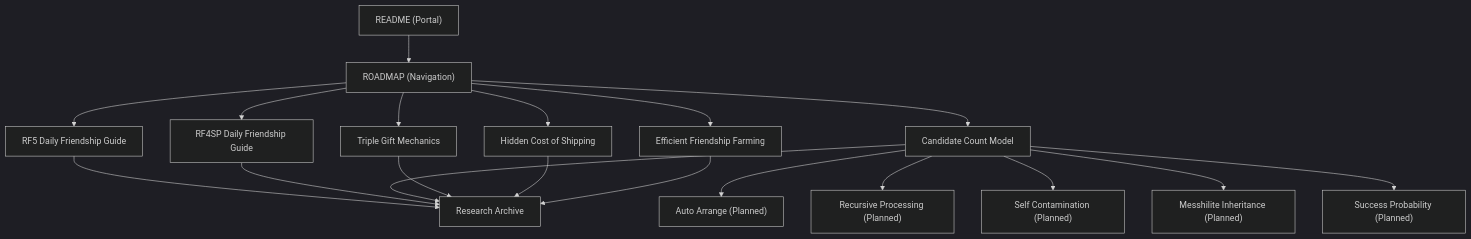
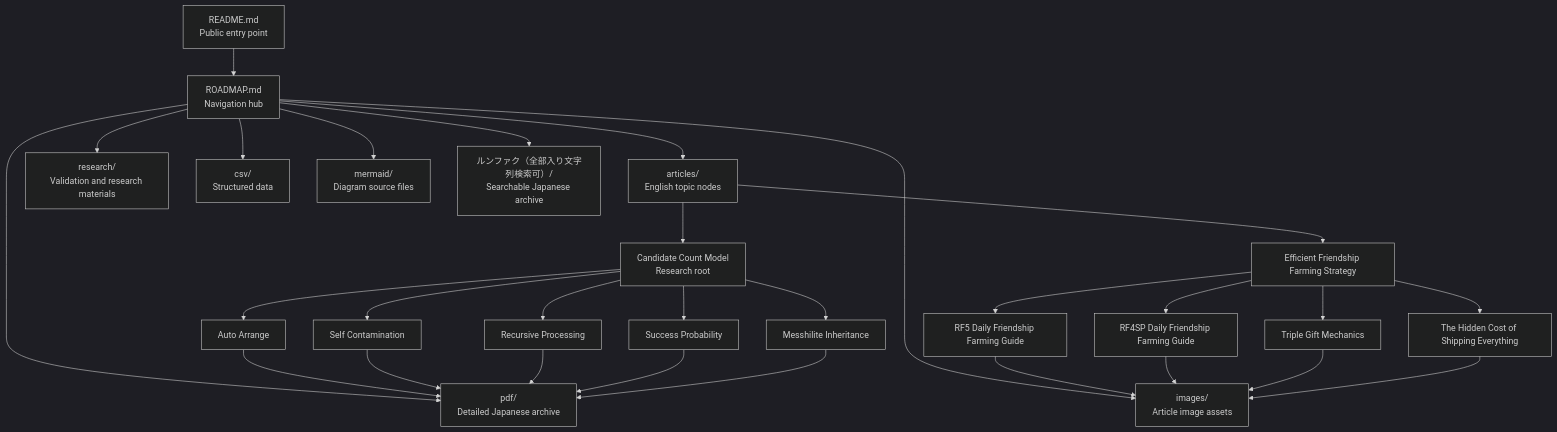
One commit to j13343sh/Rune-Factory-Inheritance-Research changed the diagram in ROADMAP.md. Above: the diagram before and after it, drawn with Mermaid (dark theme). The commit also changed other lines of this file and 2 other files, not shown here.

````diff
--- a/ROADMAP.md
+++ b/ROADMAP.md
@@ -24,45 +81,61 @@
 ```mermaid
 flowchart TD
 
-README["README (Portal)"]
+README["README.md<br/>Public entry point"]
+ROADMAP["ROADMAP.md<br/>Navigation hub"]
 
-ROADMAP["ROADMAP (Navigation)"]
+ARTICLES["articles/<br/>English topic nodes"]
+PDF["pdf/<br/>Detailed Japanese archive"]
+RESEARCH["research/<br/>Validation and research materials"]
+CSV["csv/<br/>Structured data"]
+IMAGES["images/<br/>Article image assets"]
+MERMAID["mermaid/<br/>Diagram source files"]
+FULLARCHIVE["ルンファク（全部入り文字列検索可）/<br/>Searchable Japanese archive"]
 
-RF5["RF5 Daily Friendship Guide"]
-RF4["RF4SP Daily Friendship Guide"]
+CC["Candidate Count Model<br/>Research root"]
 
-CC["Candidate Count Model"]
+AA["Auto Arrange"]
+SC["Self Contamination"]
+RP["Recursive Processing"]
+SP["Success Probability"]
+MI["Messhilite Inheritance"]
+
+EFF["Efficient Friendship Farming Strategy"]
+RF5["RF5 Daily Friendship Farming Guide"]
+RF4["RF4SP Daily Friendship Farming Guide"]
 TG["Triple Gift Mechanics"]
-HC["Hidden Cost of Shipping"]
-FS["Efficient Friendship Farming"]
-
-AR["Auto Arrange (Planned)"]
-RP["Recursive Processing (Planned)"]
-SC["Self Contamination (Planned)"]
-MH["Messhilite Inheritance (Planned)"]
-SP["Success Probability (Planned)"]
-
-ARCHIVE["Research Archive"]
+HC["The Hidden Cost of Shipping Everything"]
 
 README --> ROADMAP
+ROADMAP --> ARTICLES
+ROADMAP --> PDF
+ROADMAP --> RESEARCH
+ROADMAP --> CSV
+ROADMAP --> IMAGES
+ROADMAP --> MERMAID
+ROADMAP --> FULLARCHIVE
 
-ROADMAP --> RF5
-ROADMAP --> RF4
-ROADMAP --> CC
-ROADMAP --> TG
-ROADMAP --> HC
-ROADMAP --> FS
+ARTICLES --> CC
 
-CC --> AR
+CC --> AA
+CC --> SC
 CC --> RP
-CC --> SC
-CC --> MH
 CC --> SP
+CC --> MI
 
-RF5 --> ARCHIVE
-RF4 --> ARCHIVE
-CC --> ARCHIVE
-TG --> ARCHIVE
-HC --> ARCHIVE
-FS --> ARCHIVE
+ARTICLES --> EFF
+EFF --> RF5
+EFF --> RF4
+EFF --> TG
+EFF --> HC
+
+AA --> PDF
+SC --> PDF
+RP --> PDF
+SP --> PDF
+MI --> PDF
+RF5 --> IMAGES
+RF4 --> IMAGES
+TG --> IMAGES
+HC --> IMAGES
 ```
````
